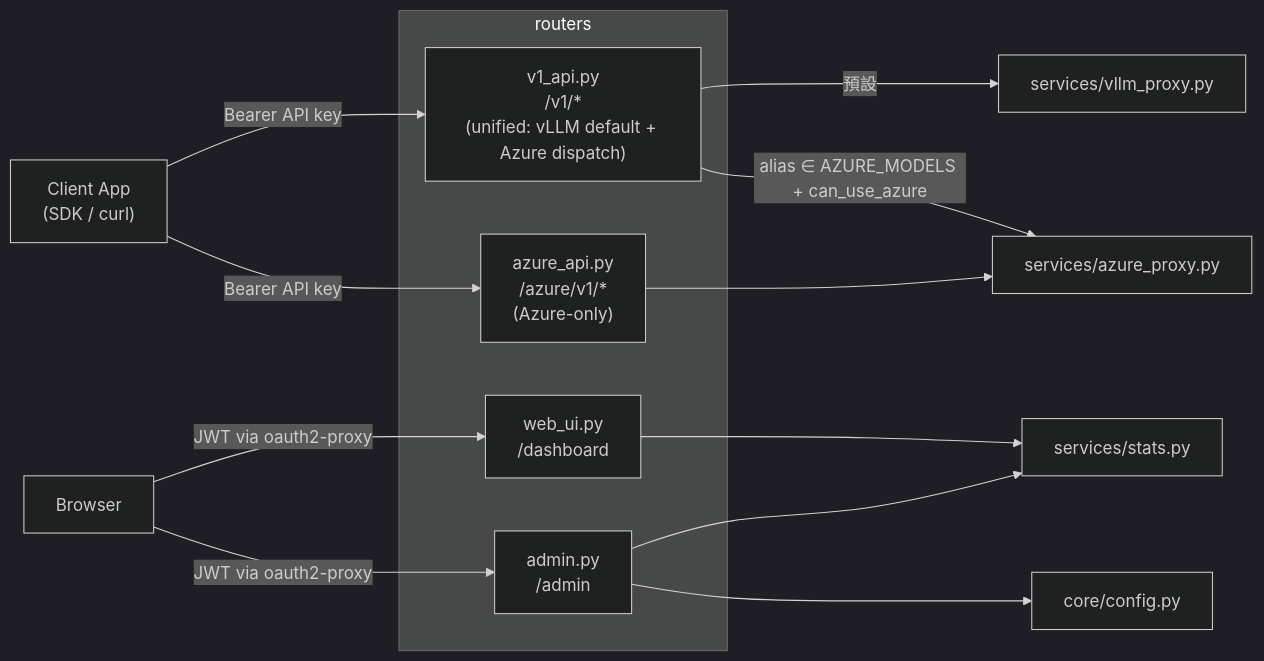
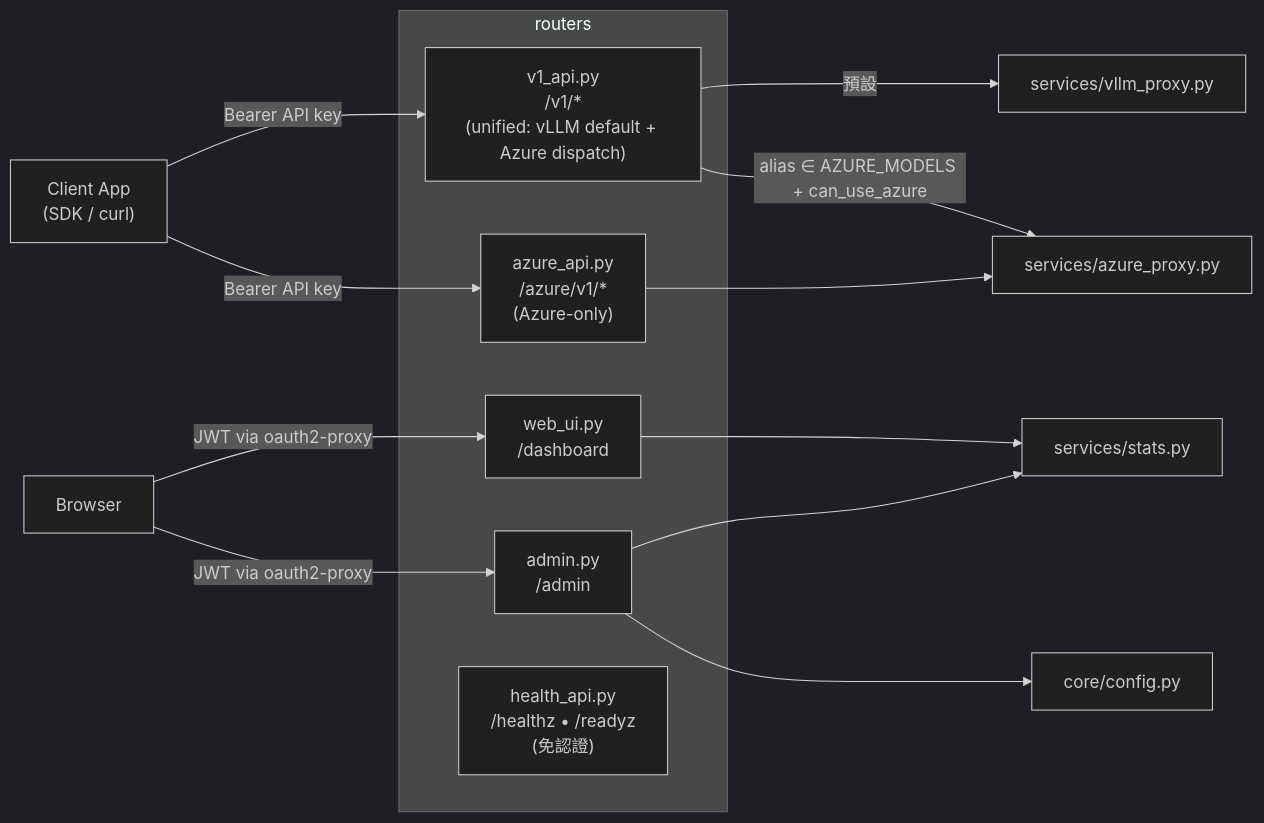
Before and after one commit to bwinken/llm-gateway: the first of 2 diagrams in app/routers/README.zh-TW.md, drawn with Mermaid (dark theme). The commit also changed other lines of this file and 32 other files, not shown here.

````diff
--- a/app/routers/README.zh-TW.md
+++ b/app/routers/README.zh-TW.md
@@ -9,21 +9,22 @@
 ```mermaid
 graph LR
     Client["Client App<br/>(SDK / curl)"] -->|Bearer API key| v1_api
     Client -->|Bearer API key| azure_api
     Browser["Browser"] -->|JWT via oauth2-proxy| web_ui
     Browser -->|JWT via oauth2-proxy| admin
 
     subgraph routers
         v1_api["v1_api.py<br/>/v1/*<br/>(unified: vLLM default + Azure dispatch)"]
         azure_api["azure_api.py<br/>/azure/v1/*<br/>(Azure-only)"]
         web_ui["web_ui.py<br/>/dashboard"]
+        health_api["health_api.py<br/>/healthz • /readyz<br/>(免認證)"]
         admin["admin.py<br/>/admin"]
     end
 
     v1_api -->|預設| vllm_proxy["services/vllm_proxy.py"]
     v1_api -->|alias ∈ AZURE_MODELS + can_use_azure| azure_proxy["services/azure_proxy.py"]
     azure_api --> azure_proxy
     web_ui --> stats["services/stats.py"]
     admin --> stats
     admin --> config["core/config.py"]
 ```
````
